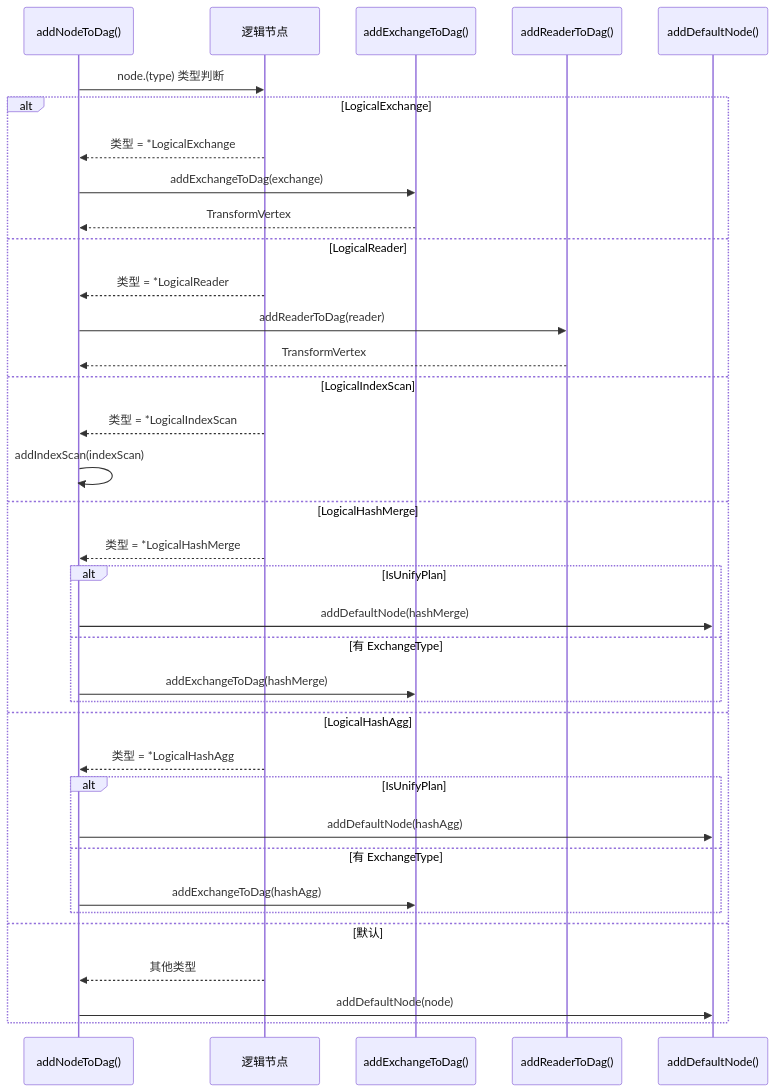
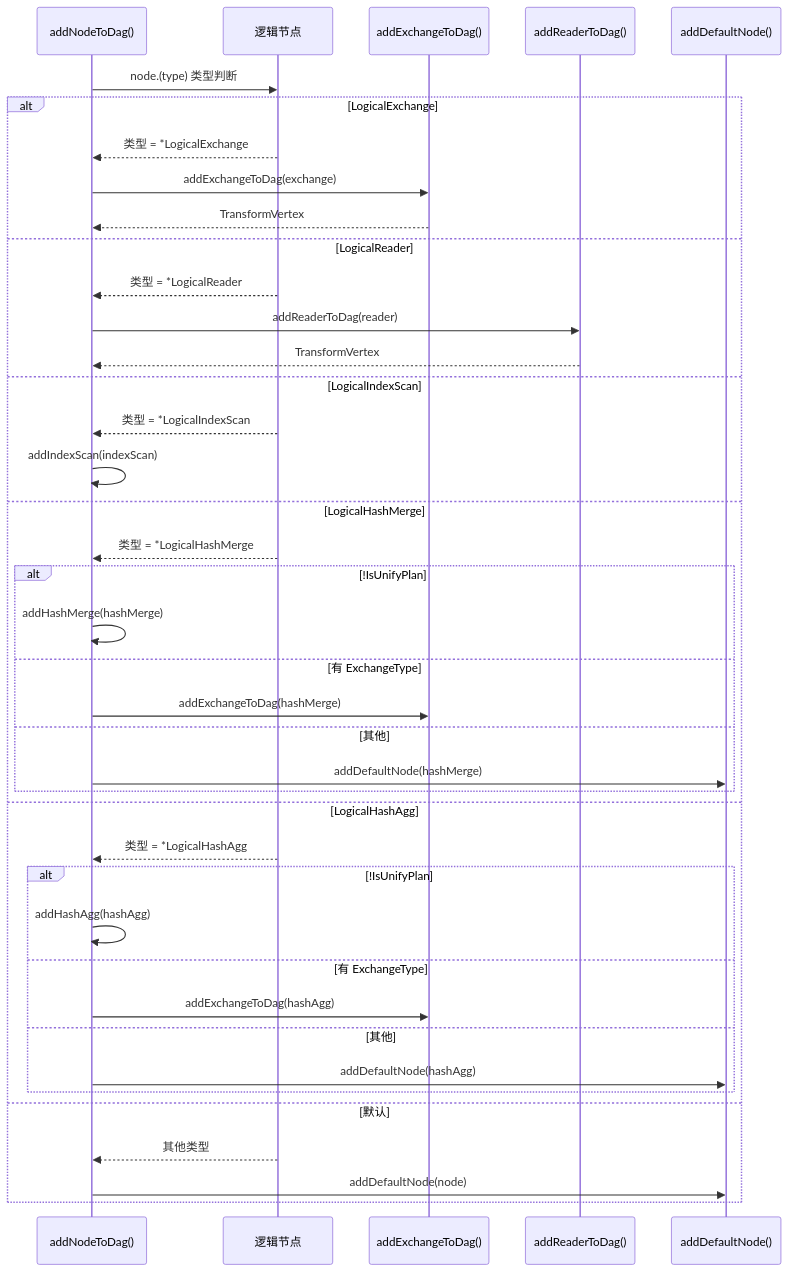
Diagram 11 of 33 in docs/specs/03_query_engine_spec.md (stefanv5/openGemini), drawn with Mermaid before and after one commit. The commit also changed other lines of this file and 37 other files, not shown here.

````diff
--- a/docs/specs/03_query_engine_spec.md
+++ b/docs/specs/03_query_engine_spec.md
@@ -942,40 +1020,44 @@
 ```mermaid
 sequenceDiagram
     participant Builder as addNodeToDag()
     participant Node as 逻辑节点
     participant Exchange as addExchangeToDag()
     participant Reader as addReaderToDag()
     participant Default as addDefaultNode()
 
     Builder->>Node: node.(type) 类型判断
 
     alt LogicalExchange
         Node-->>Builder: 类型 = *LogicalExchange
         Builder->>Exchange: addExchangeToDag(exchange)
         Exchange-->>Builder: TransformVertex
     else LogicalReader
         Node-->>Builder: 类型 = *LogicalReader
         Builder->>Reader: addReaderToDag(reader)
         Reader-->>Builder: TransformVertex
     else LogicalIndexScan
         Node-->>Builder: 类型 = *LogicalIndexScan
         Builder->>Builder: addIndexScan(indexScan)
     else LogicalHashMerge
         Node-->>Builder: 类型 = *LogicalHashMerge
-        alt IsUnifyPlan
-            Builder->>Default: addDefaultNode(hashMerge)
+        alt !IsUnifyPlan
+            Builder->>Builder: addHashMerge(hashMerge)
         else 有 ExchangeType
             Builder->>Exchange: addExchangeToDag(hashMerge)
+        else 其他
+            Builder->>Default: addDefaultNode(hashMerge)
         end
     else LogicalHashAgg
         Node-->>Builder: 类型 = *LogicalHashAgg
-        alt IsUnifyPlan
-            Builder->>Default: addDefaultNode(hashAgg)
+        alt !IsUnifyPlan
+            Builder->>Builder: addHashAgg(hashAgg)
         else 有 ExchangeType
             Builder->>Exchange: addExchangeToDag(hashAgg)
+        else 其他
+            Builder->>Default: addDefaultNode(hashAgg)
         end
     else 默认
         Node-->>Builder: 其他类型
         Builder->>Default: addDefaultNode(node)
     end
 ```
````
